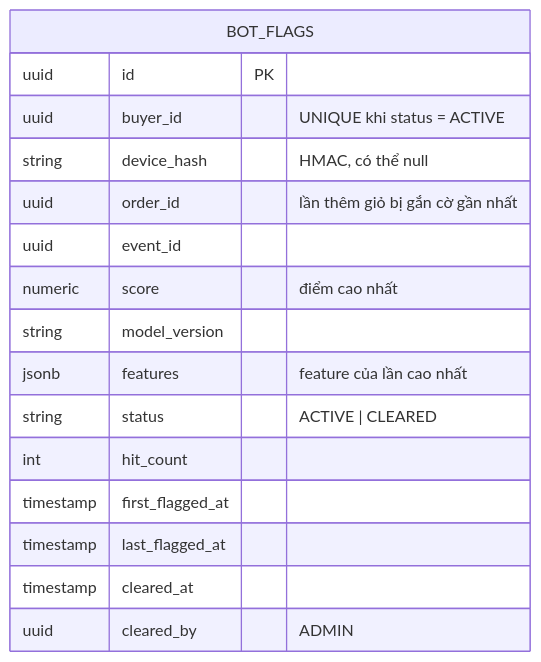
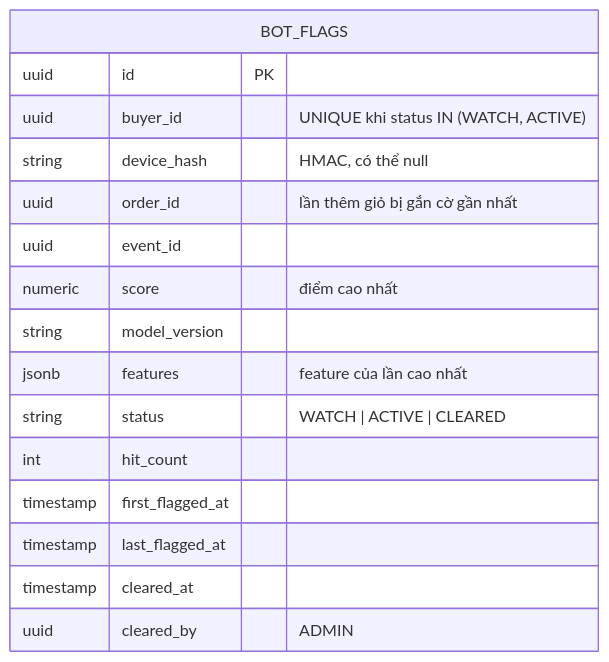
The second of 2 diagrams in docs/bot-detection/P6_bot_detection_design.md (TrungLe05/vantix), drawn with Mermaid before and after one commit. The commit also changed other lines of this file and 9 other files, not shown here.

```diff
--- a/docs/bot-detection/P6_bot_detection_design.md
+++ b/docs/bot-detection/P6_bot_detection_design.md
@@ -68,19 +68,19 @@
 ~~~mermaid
 erDiagram
     BOT_FLAGS {
         uuid id PK
-        uuid buyer_id "UNIQUE khi status = ACTIVE"
+        uuid buyer_id "UNIQUE khi status IN (WATCH, ACTIVE)"
         string device_hash "HMAC, có thể null"
         uuid order_id "lần thêm giỏ bị gắn cờ gần nhất"
         uuid event_id
         numeric score "điểm cao nhất"
         string model_version
         jsonb features "feature của lần cao nhất"
-        string status "ACTIVE | CLEARED"
+        string status "WATCH | ACTIVE | CLEARED"
         int hit_count
         timestamp first_flagged_at
         timestamp last_flagged_at
         timestamp cleared_at
         uuid cleared_by "ADMIN"
     }
 ~~~
```
